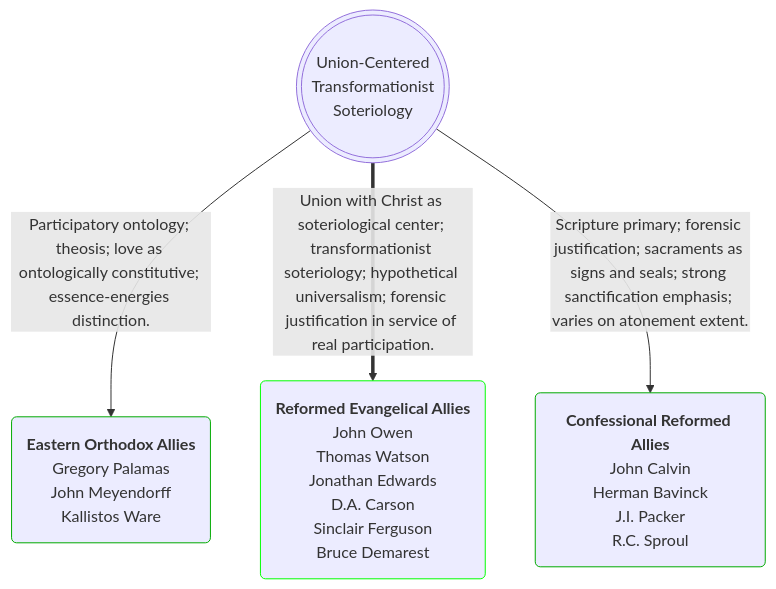
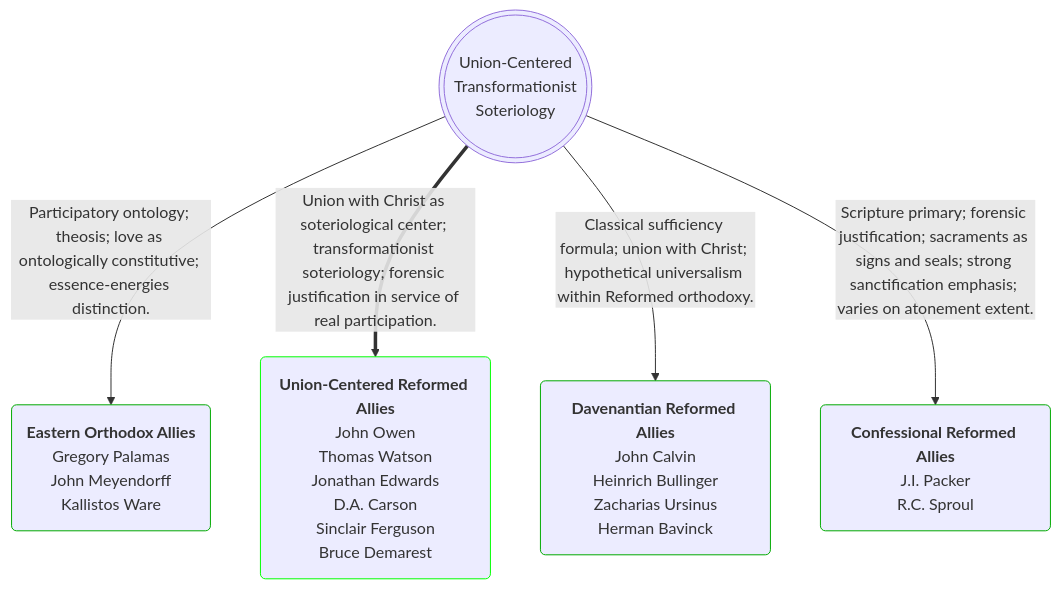
One commit to OrdoLuminis/ordoluminis.github.io changed the second of 2 diagrams in _posts/2026-03-27-confessional-transformationist-anglo-catholic.markdown. Above: the diagram before and after it, drawn with Mermaid. The commit also changed other lines of this file, not shown here.

Commit message:
sufficiency

````diff
--- a/_posts/2026-03-27-confessional-transformationist-anglo-catholic.markdown
+++ b/_posts/2026-03-27-confessional-transformationist-anglo-catholic.markdown
@@ -57,9 +57,11 @@
 ```mermaid
 flowchart TD
     A(((Union-Centered<br>Transformationist<br>Soteriology)))
     A -->|Participatory ontology; theosis; love as ontologically constitutive; essence-energies distinction.| B(<strong>Eastern Orthodox Allies</strong><br>Gregory Palamas<br>John Meyendorff<br>Kallistos Ware):::muted
-    A ==>|Union with Christ as soteriological center; transformationist soteriology; hypothetical universalism; forensic justification in service of real participation.| D(<strong>Reformed Evangelical Allies</strong><br>John Owen<br>Thomas Watson<br>Jonathan Edwards<br>D.A. Carson<br>Sinclair Ferguson<br>Bruce Demarest):::green
-    A -->|Scripture primary; forensic justification; sacraments as signs and seals; strong sanctification emphasis; varies on atonement extent.| C(<strong>Confessional Reformed Allies</strong><br>John Calvin<br>Herman Bavinck<br>J.I. Packer<br>R.C. Sproul):::muted
+    A ==>|Union with Christ as soteriological center; transformationist soteriology; forensic justification in service of real participation.| D(<strong>Union-Centered Reformed Allies</strong><br>John Owen<br>Thomas Watson<br>Jonathan Edwards<br>D.A. Carson<br>Sinclair Ferguson<br>Bruce Demarest):::green
+    A -->|Classical sufficiency formula; union with Christ; hypothetical universalism within Reformed orthodoxy.| F(<strong>Davenantian Reformed Allies</strong><br>John Calvin<br>Heinrich Bullinger<br>Zacharias Ursinus<br>Herman Bavinck):::lightgreen
+    A -->|Scripture primary; forensic justification; sacraments as signs and seals; strong sanctification emphasis; varies on atonement extent.| C(<strong>Confessional Reformed Allies</strong><br>J.I. Packer<br>R.C. Sproul):::muted
     classDef green stroke:#0f0
+    classDef lightgreen stroke:#0a0
     classDef muted stroke:#0a0
 ```
````
